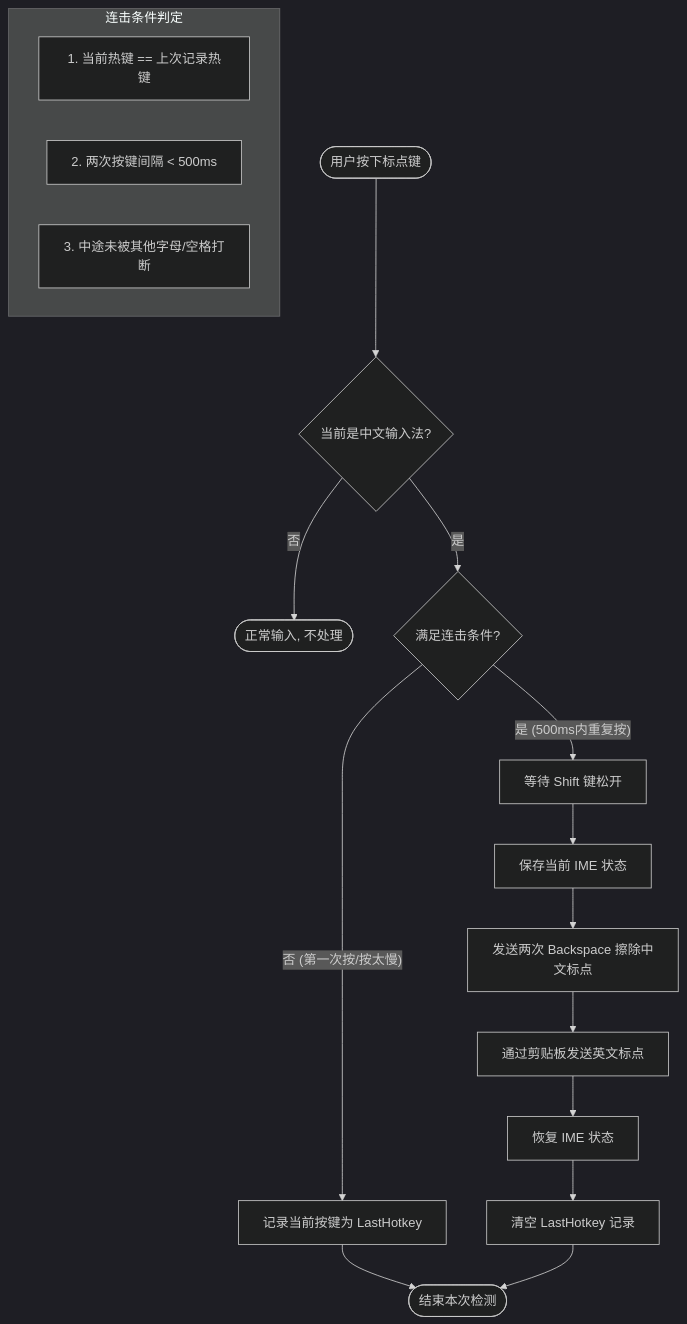
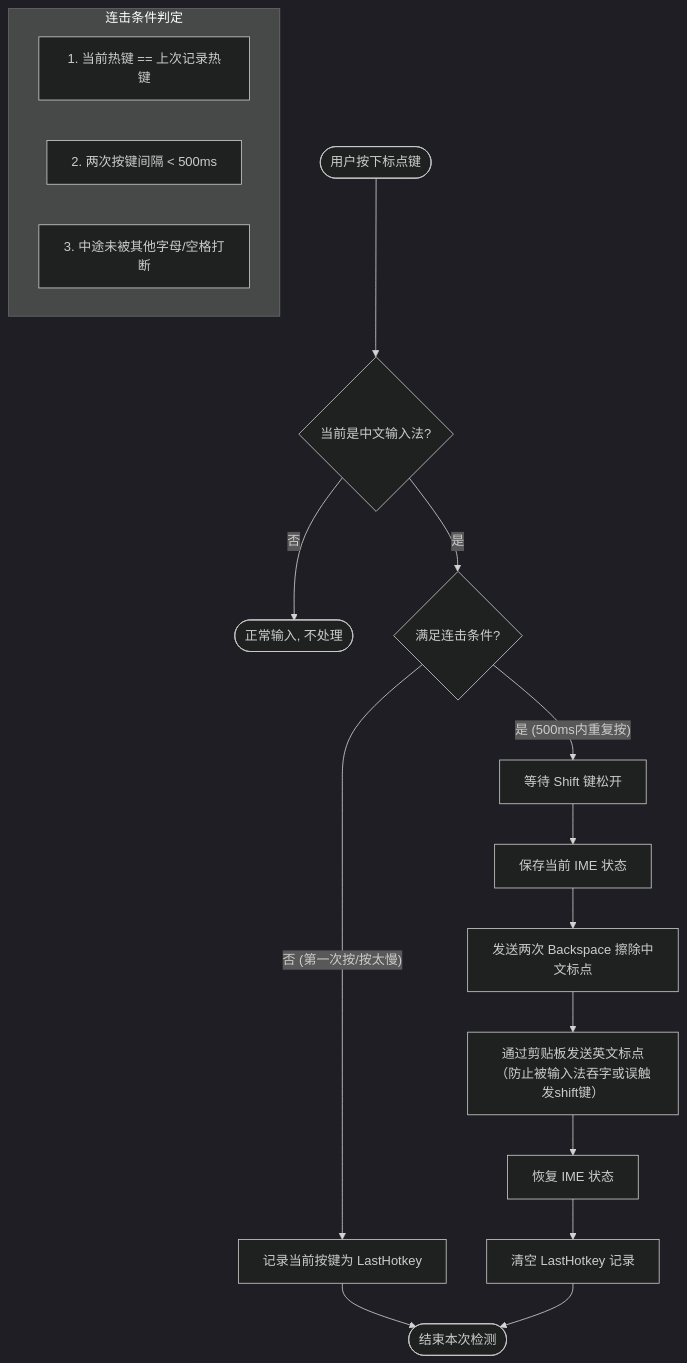
The first of 2 diagrams in README.md (MorcantY/easy-typing-ahk), drawn with Mermaid (dark theme) before and after one commit. The commit also changed other lines of this file, not shown here.

````diff
--- a/README.md
+++ b/README.md
@@ -24,23 +25,23 @@
 ```mermaid
 graph TD
     A([用户按下标点键]) --> B{当前是中文输入法?}
     B -- 否 --> C([正常输入, 不处理])
     B -- 是 --> D{满足连击条件?}
     
     D -- "否 (第一次按/按太慢)" --> E[记录当前按键为 LastHotkey]
     E --> F([结束本次检测])
     
     D -- "是 (500ms内重复按)" --> G[等待 Shift 键松开]
     G --> H[保存当前 IME 状态]
     H --> I[发送两次 Backspace 擦除中文标点]
-    I --> J[通过剪贴板发送英文标点]
+    I --> J[通过剪贴板发送英文标点<br />（防止被输入法吞字或误触发shift键）]
     J --> K[恢复 IME 状态]
     K --> L[清空 LastHotkey 记录]
     L --> F
     
     subgraph "连击条件判定"
     D1[1. 当前热键 == 上次记录热键]
     D2[2. 两次按键间隔 < 500ms]
     D3[3. 中途未被其他字母/空格打断]
     end
 ```
````
